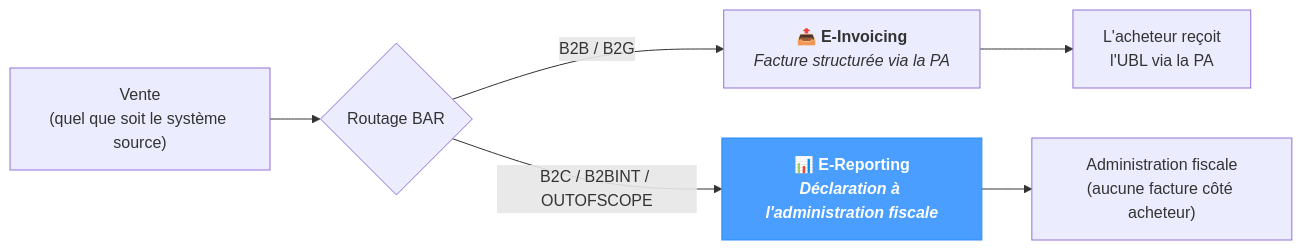
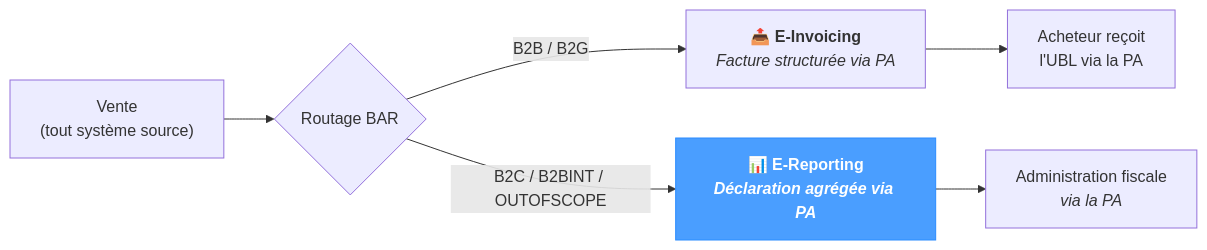
The diagram in i18n/fr/docusaurus-plugin-content-docs/current/nomaubl/application/ereporting.md (fblettner/fblettner.github.io), drawn with Mermaid before and after one commit. The commit also changed other lines of this file and 2 other files, not shown here.

Commit message:
Add documentation for ereporting

````diff
--- a/i18n/fr/docusaurus-plugin-content-docs/current/nomaubl/application/ereporting.md
+++ b/i18n/fr/docusaurus-plugin-content-docs/current/nomaubl/application/ereporting.md
@@ -25,11 +25,11 @@
 ```mermaid
 flowchart LR
-    Source["Vente<br/>(quel que soit le système source)"] --> BAR{"Routage BAR"}
-    BAR -->|"B2B / B2G"| EInvoicing["📤 <b>E-Invoicing</b><br/><i>Facture structurée via la PA</i>"]
-    BAR -->|"B2C / B2BINT / OUTOFSCOPE"| EReporting["📊 <b>E-Reporting</b><br/><i>Déclaration à l'administration fiscale</i>"]
-    EInvoicing --> Buyer["L'acheteur reçoit<br/>l'UBL via la PA"]
-    EReporting --> Tax["Administration fiscale<br/>(aucune facture côté acheteur)"]
+    Source["Vente<br/>(tout système source)"] --> BAR{"Routage BAR"}
+    BAR -->|"B2B / B2G"| EInvoicing["📤 <b>E-Invoicing</b><br/><i>Facture structurée via PA</i>"]
+    BAR -->|"B2C / B2BINT / OUTOFSCOPE"| EReporting["📊 <b>E-Reporting</b><br/><i>Déclaration agrégée via PA</i>"]
+    EInvoicing --> Buyer["Acheteur reçoit<br/>l'UBL via la PA"]
+    EReporting --> Tax["Administration fiscale<br/><i>via la PA</i>"]
 
     classDef hl fill:#4a9eff,stroke:#2b8cff,color:#fff,font-weight:600;
     class EReporting hl
 ```
````
